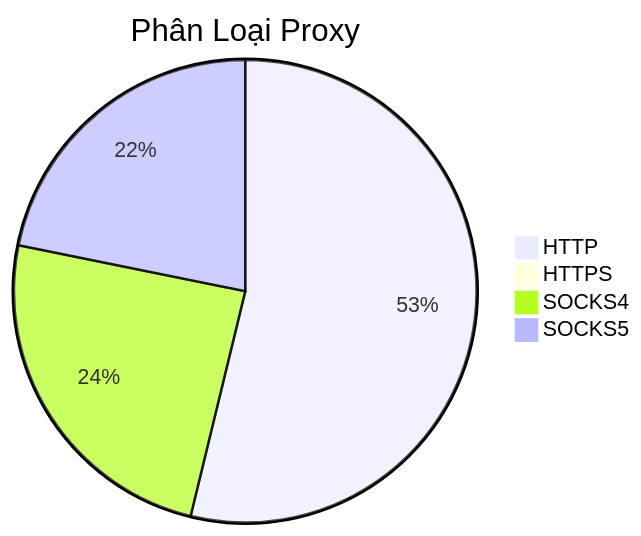
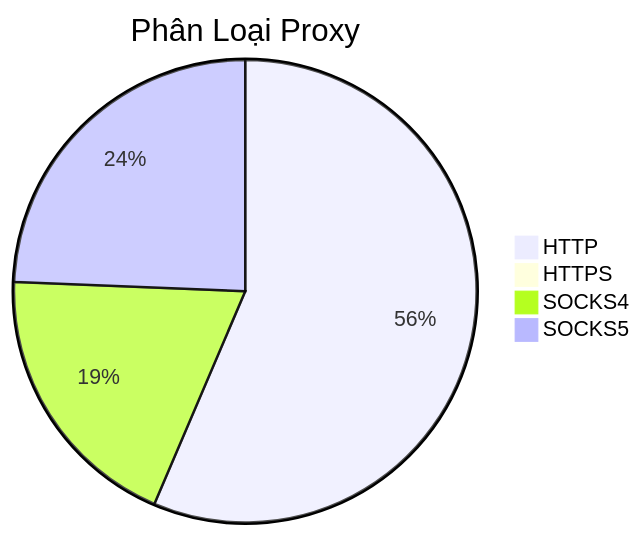
The diagram in README.md (Ciara-12/PROXY-free), drawn with Mermaid before and after one commit. The commit also changed other lines of this file and 4 other files, not shown here.

````diff
--- a/README.md
+++ b/README.md
@@ -26,7 +26,7 @@
 ```mermaid
 pie title Phân Loại Proxy
-    "HTTP" : 730
-    "HTTPS" : 8
-    "SOCKS4" : 331
-    "SOCKS5" : 296
+    "HTTP" : 834
+    "HTTPS" : 9
+    "SOCKS4" : 284
+    "SOCKS5" : 360
 ```
````
